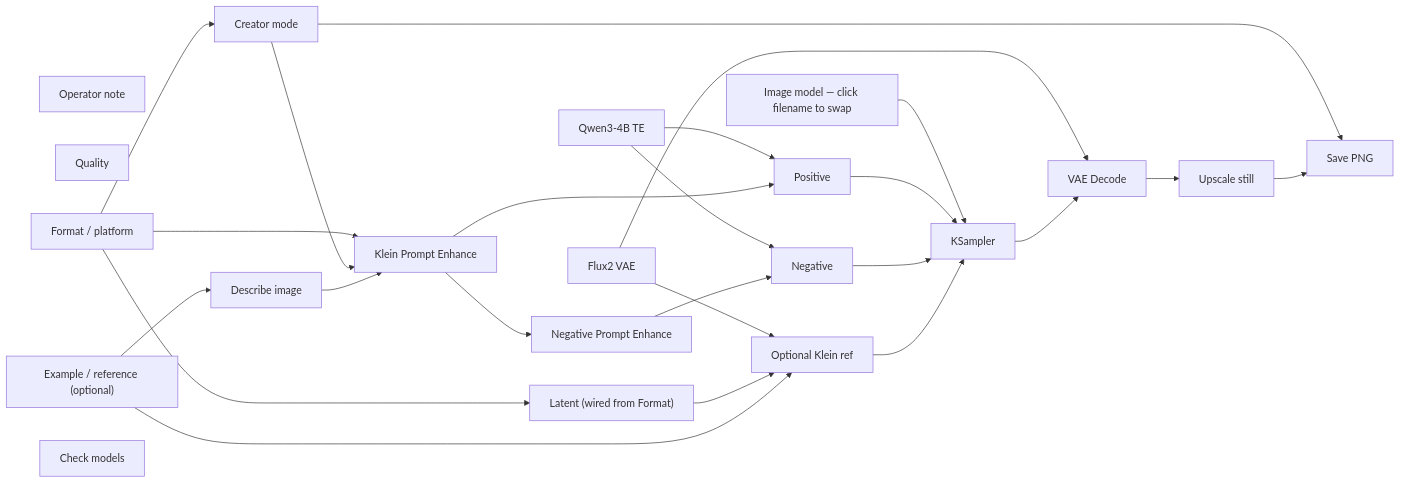
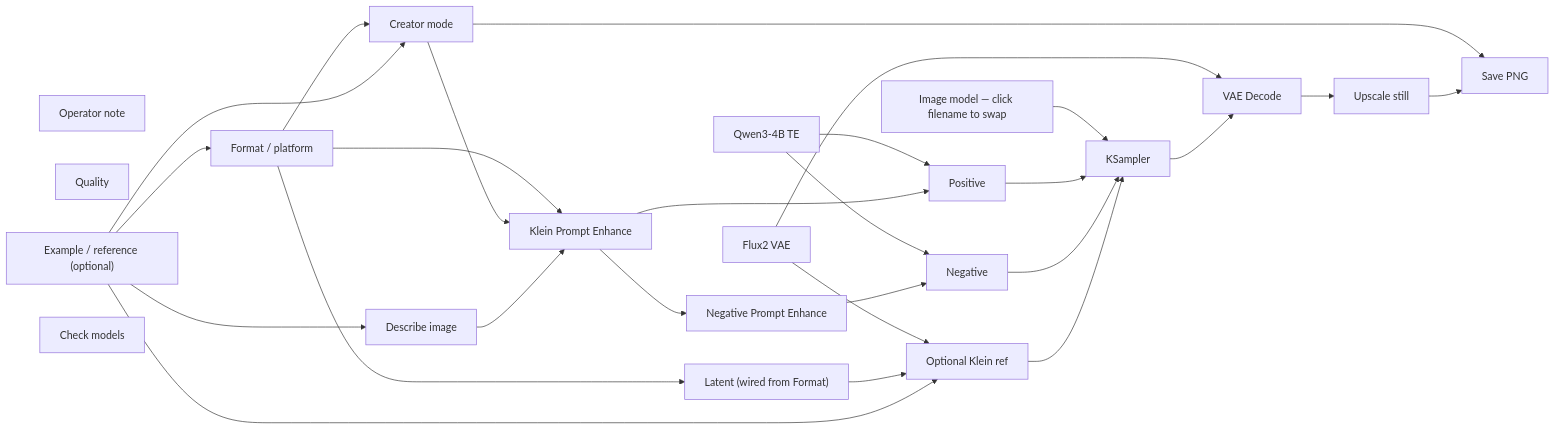
One commit to toxicoder/ez-comfy-stack changed the diagram in docs/generated/workflows/stills/image-studio.md. Above: the diagram before and after it, drawn with Mermaid. The commit also changed other lines of this file and 22 other files, not shown here.

````diff
--- a/docs/generated/workflows/stills/image-studio.md
+++ b/docs/generated/workflows/stills/image-studio.md
@@ -57,46 +58,48 @@
 ```mermaid
 flowchart LR
   N1["Image model — click filename to swap"]
   N2["Qwen3-4B TE"]
   N3["Flux2 VAE"]
   N4["Positive"]
   N5["Negative"]
   N6["Latent (wired from Format)"]
   N7["KSampler"]
   N8["VAE Decode"]
   N9["Save PNG"]
   N10["Operator note"]
   N11["Klein Prompt Enhance"]
   N12["Negative Prompt Enhance"]
   N13["Quality"]
   N14["Format / platform"]
   N15["Example / reference (optional)"]
   N16["Optional Klein ref"]
   N17["Creator mode"]
   N18["Upscale still"]
   N19["Describe image"]
   N20["Check models"]
   N1 --> N7
   N2 --> N4
   N2 --> N5
   N3 --> N8
   N3 --> N16
   N4 --> N7
   N5 --> N7
   N6 --> N16
   N7 --> N8
   N8 --> N18
   N11 --> N4
   N11 --> N12
   N12 --> N5
   N14 --> N6
   N14 --> N11
   N14 --> N17
   N15 --> N16
   N15 --> N19
+  N15 --> N14
+  N15 --> N17
   N16 --> N7
   N17 --> N11
   N17 --> N9
   N18 --> N9
   N19 --> N11
 ```
````
